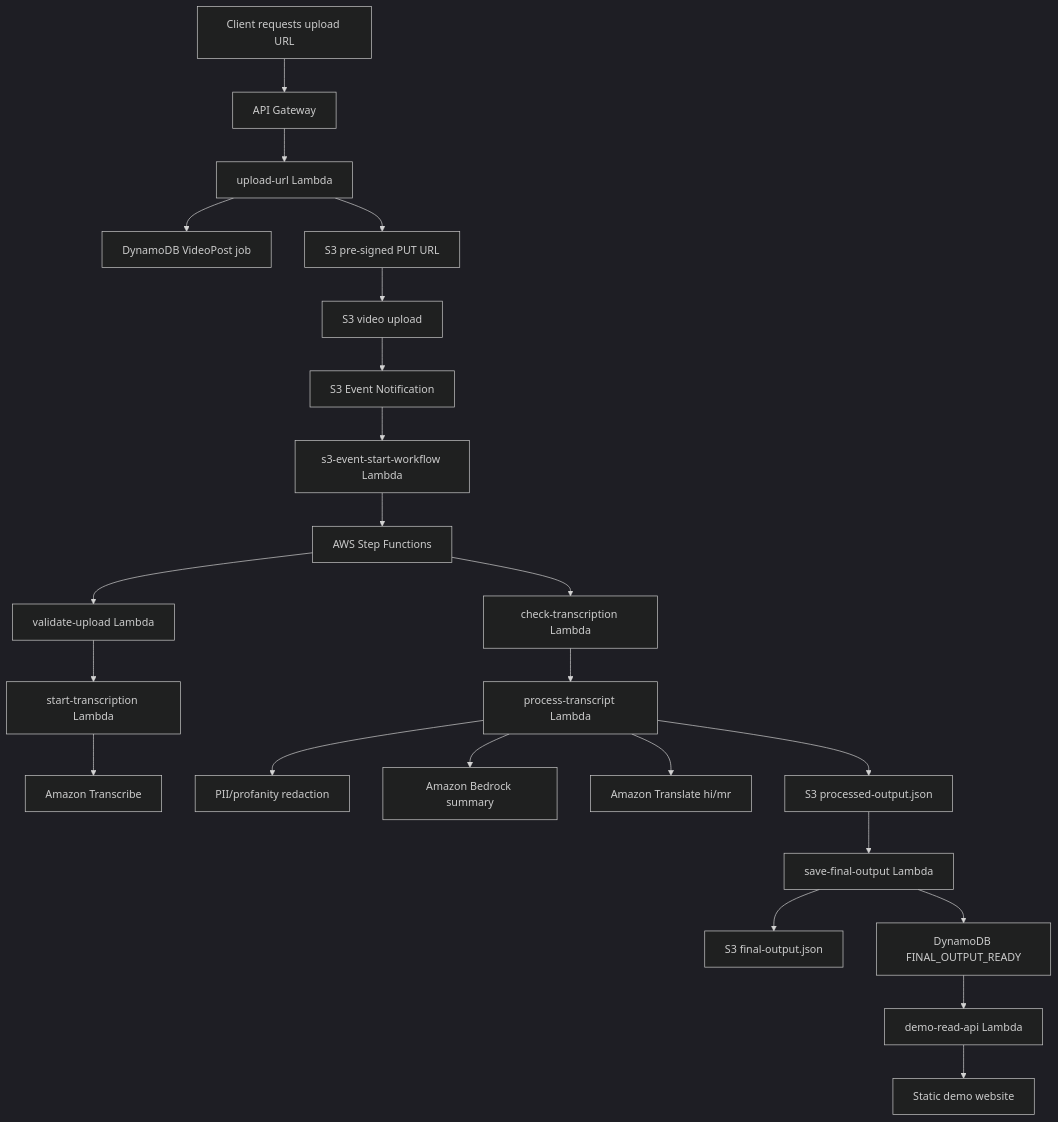
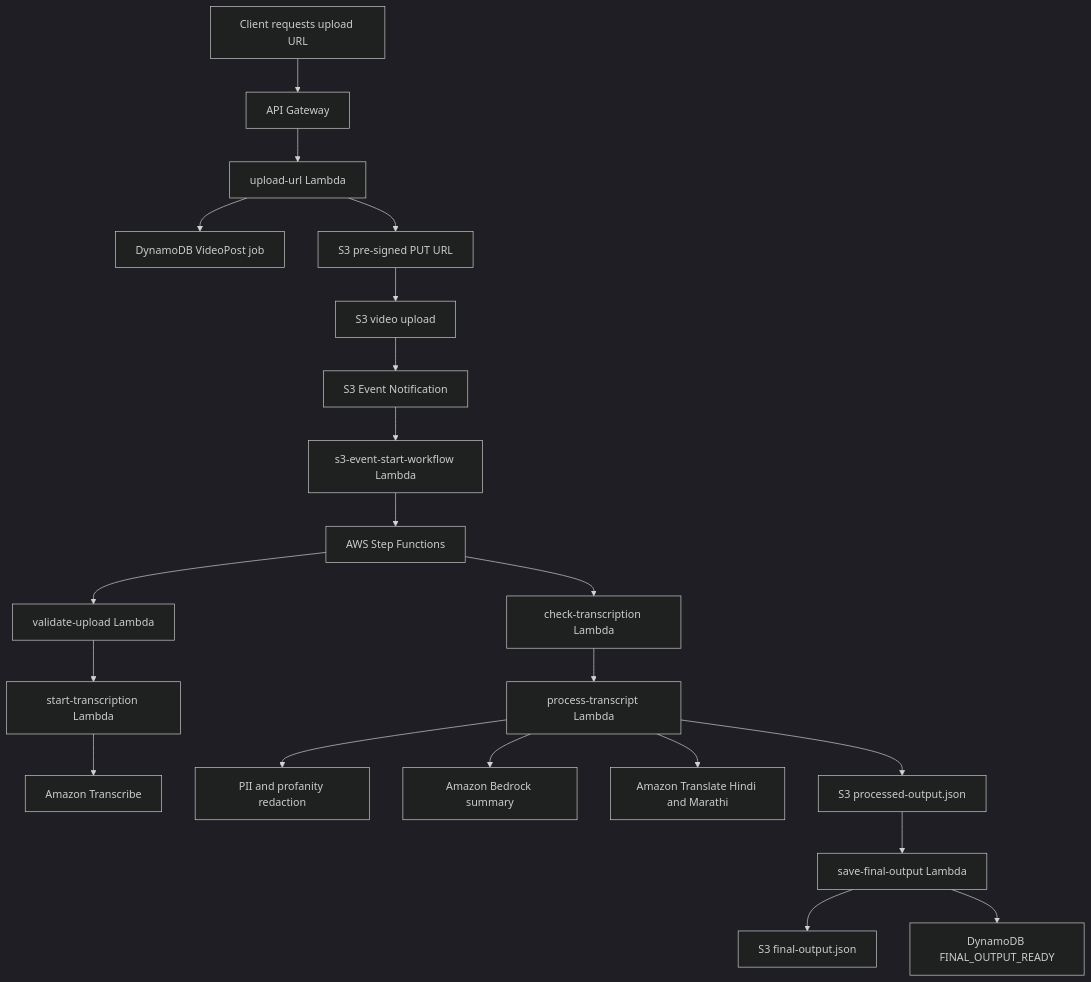
The diagram in README.md (Rujuta99/aws-video-redaction-pipeline), drawn with Mermaid (dark theme) before and after one commit. The commit also changed other lines of this file, not shown here.

````diff
--- a/README.md
+++ b/README.md
@@ -9,25 +13,28 @@
 ```mermaid
 flowchart TD
     A[Client requests upload URL] --> B[API Gateway]
     B --> C[upload-url Lambda]
     C --> D[DynamoDB VideoPost job]
     C --> E[S3 pre-signed PUT URL]
     E --> F[S3 video upload]
+
     F --> G[S3 Event Notification]
     G --> H[s3-event-start-workflow Lambda]
     H --> I[AWS Step Functions]
+
     I --> J[validate-upload Lambda]
     J --> K[start-transcription Lambda]
     K --> L[Amazon Transcribe]
+
     I --> M[check-transcription Lambda]
     M --> N[process-transcript Lambda]
-    N --> O[PII/profanity redaction]
+
+    N --> O[PII and profanity redaction]
     N --> P[Amazon Bedrock summary]
-    N --> Q[Amazon Translate hi/mr]
+    N --> Q[Amazon Translate Hindi and Marathi]
     N --> R[S3 processed-output.json]
+
     R --> S[save-final-output Lambda]
     S --> T[S3 final-output.json]
     S --> U[DynamoDB FINAL_OUTPUT_READY]
-    U --> V[demo-read-api Lambda]
-    V --> W[Static demo website]
 ```
````
